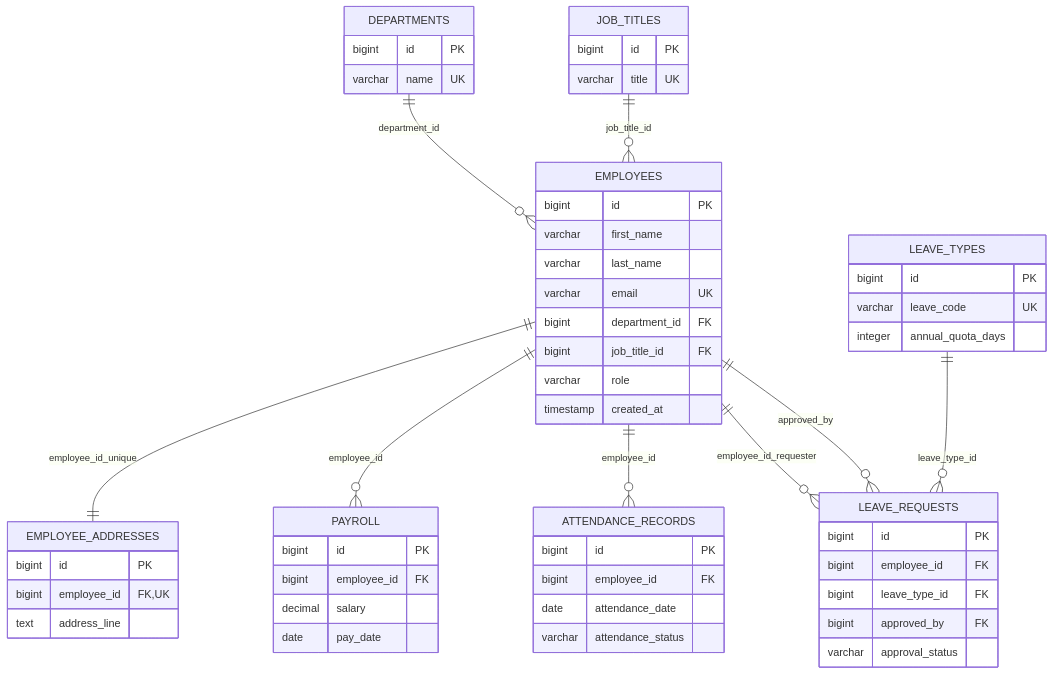
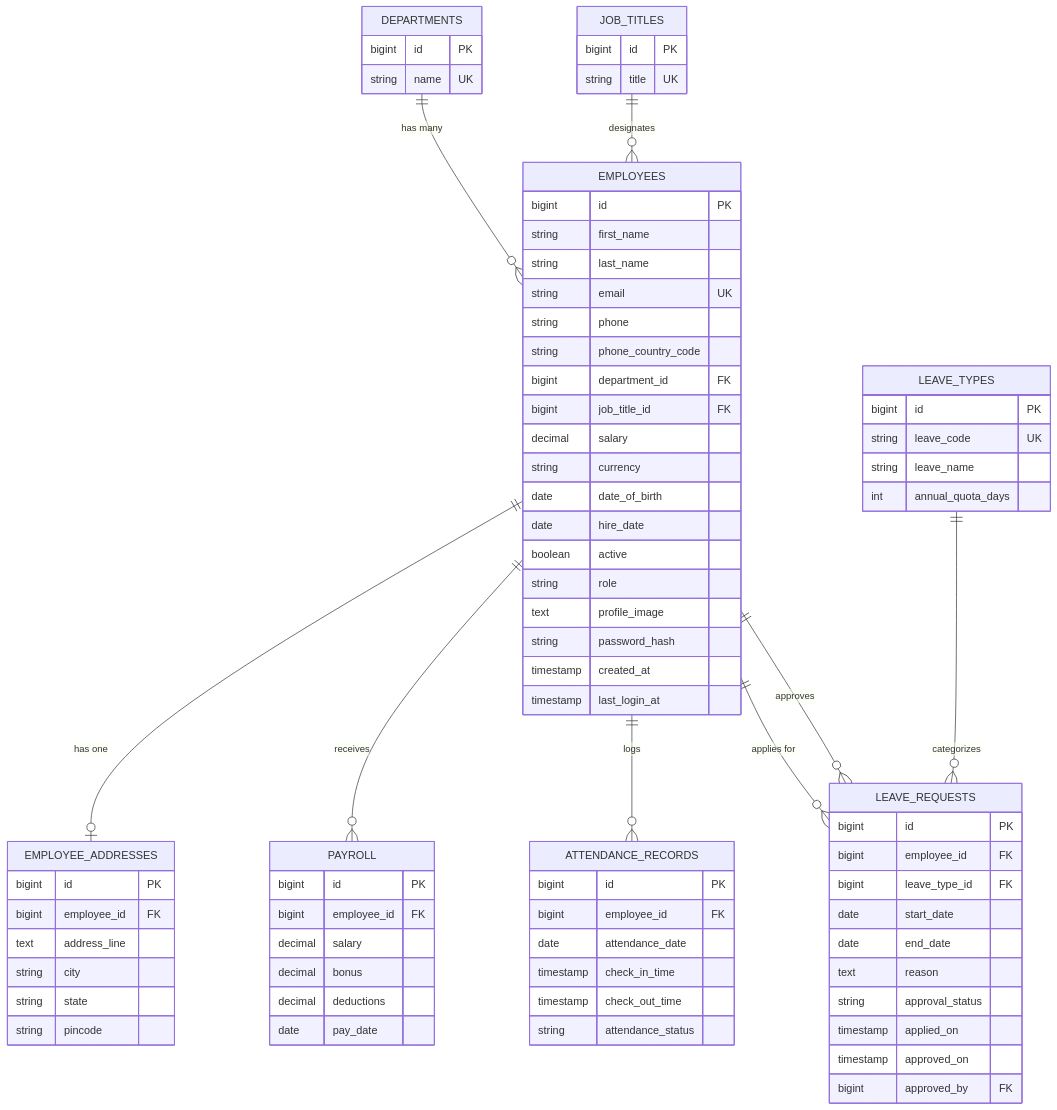
The sixth of 6 diagrams in README.md (Tanmay-Kudkar/WorkHub), drawn with Mermaid before and after one commit. The commit also changed other lines of this file and 6 other files, not shown here.

````diff
--- a/README.md
+++ b/README.md
@@ -996,66 +262,89 @@
 ```mermaid
 erDiagram
-  DEPARTMENTS ||--o{ EMPLOYEES : department_id
-  JOB_TITLES ||--o{ EMPLOYEES : job_title_id
-  EMPLOYEES ||--|| EMPLOYEE_ADDRESSES : employee_id_unique
-  EMPLOYEES ||--o{ PAYROLL : employee_id
-  EMPLOYEES ||--o{ ATTENDANCE_RECORDS : employee_id
-  EMPLOYEES ||--o{ LEAVE_REQUESTS : employee_id_requester
-  LEAVE_TYPES ||--o{ LEAVE_REQUESTS : leave_type_id
-  EMPLOYEES ||--o{ LEAVE_REQUESTS : approved_by
+    DEPARTMENTS ||--o{ EMPLOYEES : "has many"
+    JOB_TITLES ||--o{ EMPLOYEES : "designates"
+    EMPLOYEES ||--o| EMPLOYEE_ADDRESSES : "has one"
+    EMPLOYEES ||--o{ PAYROLL : "receives"
+    EMPLOYEES ||--o{ ATTENDANCE_RECORDS : "logs"
+    EMPLOYEES ||--o{ LEAVE_REQUESTS : "applies for"
+    LEAVE_TYPES ||--o{ LEAVE_REQUESTS : "categorizes"
+    EMPLOYEES ||--o{ LEAVE_REQUESTS : "approves"
 
-  DEPARTMENTS {
-    bigint id PK
-    varchar name UK
-  }
+    DEPARTMENTS {
+        bigint id PK
+        string name UK
+    }
 
-  JOB_TITLES {
-    bigint id PK
-    varchar title UK
-  }
+    JOB_TITLES {
+        bigint id PK
+        string title UK
+    }
 
-  EMPLOYEES {
-    bigint id PK
-    varchar first_name
-    varchar last_name
-    varchar email UK
-    bigint department_id FK
-    bigint job_title_id FK
-    varchar role
-    timestamp created_at
-  }
+    EMPLOYEES {
+        bigint id PK
+        string first_name
+        string last_name
+        string email UK
+        string phone
+        string phone_country_code
+        bigint department_id FK
+        bigint job_title_id FK
+        decimal salary
+        string currency
+        date date_of_birth
+        date hire_date
+        boolean active
+        string role
+        text profile_image
+        string password_hash
+        timestamp created_at
+        timestamp last_login_at
+    }
 
-  EMPLOYEE_ADDRESSES {
-    bigint id PK
-    bigint employee_id FK,UK
-    text address_line
-  }
+    EMPLOYEE_ADDRESSES {
+        bigint id PK
+        bigint employee_id FK
+        text address_line
+        string city
+        string state
+        string pincode
+    }
 
-  PAYROLL {
-    bigint id PK
-    bigint employee_id FK
-    decimal salary
-    date pay_date
-  }
+    PAYROLL {
+        bigint id PK
+        bigint employee_id FK
+        decimal salary
+        decimal bonus
+        decimal deductions
+        date pay_date
+    }
 
-  ATTENDANCE_RECORDS {
-    bigint id PK
-    bigint employee_id FK
-    date attendance_date
-    varchar attendance_status
-  }
+    ATTENDANCE_RECORDS {
+        bigint id PK
+        bigint employee_id FK
+        date attendance_date
+        timestamp check_in_time
+        timestamp check_out_time
+        string attendance_status
+    }
 
-  LEAVE_TYPES {
-    bigint id PK
-    varchar leave_code UK
-    integer annual_quota_days
-  }
+    LEAVE_TYPES {
+        bigint id PK
+        string leave_code UK
+        string leave_name
+        int annual_quota_days
+    }
 
-  LEAVE_REQUESTS {
-    bigint id PK
-    bigint employee_id FK
-    bigint leave_type_id FK
-    bigint approved_by FK
-    varchar approval_status
-  }
+    LEAVE_REQUESTS {
+        bigint id PK
+        bigint employee_id FK
+        bigint leave_type_id FK
+        date start_date
+        date end_date
+        text reason
+        string approval_status
+        timestamp applied_on
+        timestamp approved_on
+        bigint approved_by FK
+    }
 ```
````
